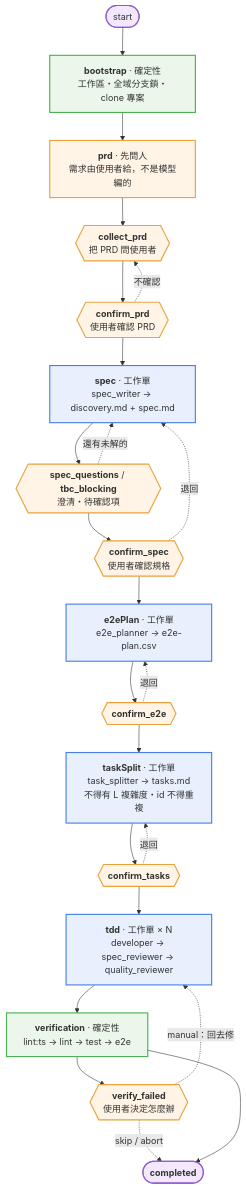
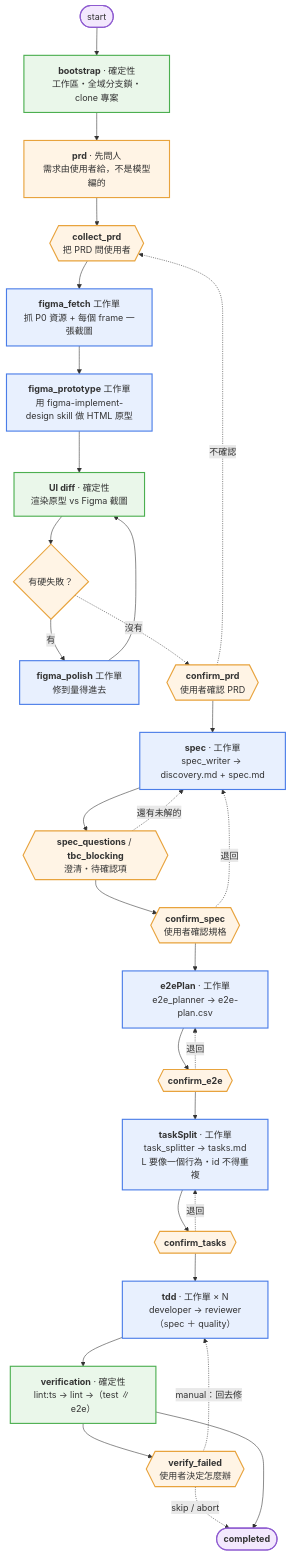
One commit to sukunwei/frontend-sdd-agent changed the first of 3 diagrams in README.md. Above: the diagram before and after it, drawn with Mermaid. The commit also changed other lines of this file and 50 other files, not shown here.

First line of the commit message:
feat: Figma 原型 + UI diff 流程，以及 SDD 流程效率

````diff
--- a/README.md
+++ b/README.md
@@ -218,49 +218,55 @@
 ```mermaid
 flowchart TD
   START(["start"]) --> BOOT
 
   BOOT["<b>bootstrap</b> · 確定性<br/>工作區・全域分支鎖・clone 專案"]
   BOOT --> PRD
 
   PRD["<b>prd</b> · 先問人<br/>需求由使用者給，不是模型編的"]
   PRD --> PRD_Q{{"<b>collect_prd</b><br/>把 PRD 問使用者"}}
-  PRD_Q --> PRD_C{{"<b>confirm_prd</b><br/>使用者確認 PRD"}}
+  PRD_Q --> PRD_F["<b>figma_fetch</b> 工作單<br/>抓 P0 資源 + 每個 frame 一張截圖"]
+  PRD_F --> PRD_P["<b>figma_prototype</b> 工作單<br/>用 figma-implement-design skill 做 HTML 原型"]
+  PRD_P --> PRD_D["<b>UI diff</b> · 確定性<br/>渲染原型 vs Figma 截圖"]
+  PRD_D --> PRD_R{"有硬失敗？"}
+  PRD_R -->|"有"| PRD_X["<b>figma_polish</b> 工作單<br/>修到量得進去"]
+  PRD_X --> PRD_D
+  PRD_R -.->|"沒有"| PRD_C{{"<b>confirm_prd</b><br/>使用者確認 PRD"}}
   PRD_C -.->|"不確認"| PRD_Q
   PRD_C --> SPEC
 
   SPEC["<b>spec</b> · 工作單<br/>spec_writer → discovery.md + spec.md"]
   SPEC --> SPEC_Q{{"<b>spec_questions</b> / <b>tbc_blocking</b><br/>澄清・待確認項"}}
   SPEC_Q -.->|"還有未解的"| SPEC
   SPEC_Q --> SPEC_C{{"<b>confirm_spec</b><br/>使用者確認規格"}}
   SPEC_C -.->|"退回"| SPEC
   SPEC_C --> E2E
 
   E2E["<b>e2ePlan</b> · 工作單<br/>e2e_planner → e2e-plan.csv"]
   E2E --> E2E_C{{"<b>confirm_e2e</b>"}}
   E2E_C -.->|"退回"| E2E
   E2E_C --> TS
 
-  TS["<b>taskSplit</b> · 工作單<br/>task_splitter → tasks.md<br/>不得有 L 複雜度・id 不得重複"]
+  TS["<b>taskSplit</b> · 工作單<br/>task_splitter → tasks.md<br/>L 要像一個行為・id 不得重複"]
   TS --> TS_C{{"<b>confirm_tasks</b>"}}
   TS_C -.->|"退回"| TS
   TS_C --> TDD
 
-  TDD["<b>tdd</b> · 工作單 × N<br/>developer → spec_reviewer → quality_reviewer"]
+  TDD["<b>tdd</b> · 工作單 × N<br/>developer → reviewer（spec ＋ quality）"]
   TDD --> VER
 
-  VER["<b>verification</b> · 確定性<br/>lint:ts → lint → test → e2e"]
+  VER["<b>verification</b> · 確定性<br/>lint:ts → lint →（test ∥ e2e）"]
   VER --> VER_Q{{"<b>verify_failed</b><br/>使用者決定怎麼辦"}}
   VER_Q -.->|"manual：回去修"| TDD
   VER_Q -.->|"skip / abort"| DONE
   VER --> DONE(["<b>completed</b>"])
 
   classDef gate fill:#fff4e5,stroke:#e8a33d,stroke-width:2px
   classDef work fill:#e8f0fe,stroke:#4a7de8,stroke-width:2px
   classDef det fill:#eaf7ea,stroke:#4caf50,stroke-width:2px
   classDef term fill:#f3e8fd,stroke:#8e5bd0,stroke-width:2px
 
-  class PRD,PRD_Q,PRD_C,SPEC_Q,SPEC_C,E2E_C,TS_C,VER_Q gate
-  class SPEC,E2E,TS,TDD work
-  class BOOT,VER det
+  class PRD,PRD_Q,PRD_C,PRD_R,SPEC_Q,SPEC_C,E2E_C,TS_C,VER_Q gate
+  class PRD_F,PRD_P,PRD_X,SPEC,E2E,TS,TDD work
+  class BOOT,PRD_D,VER det
   class START,DONE term
 ```
````
